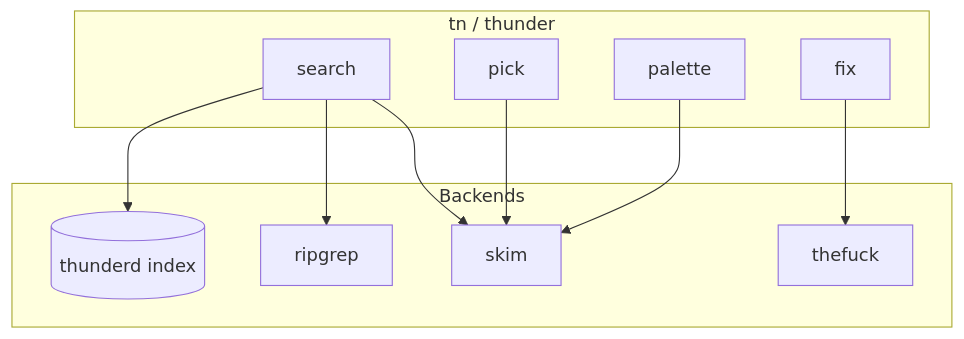
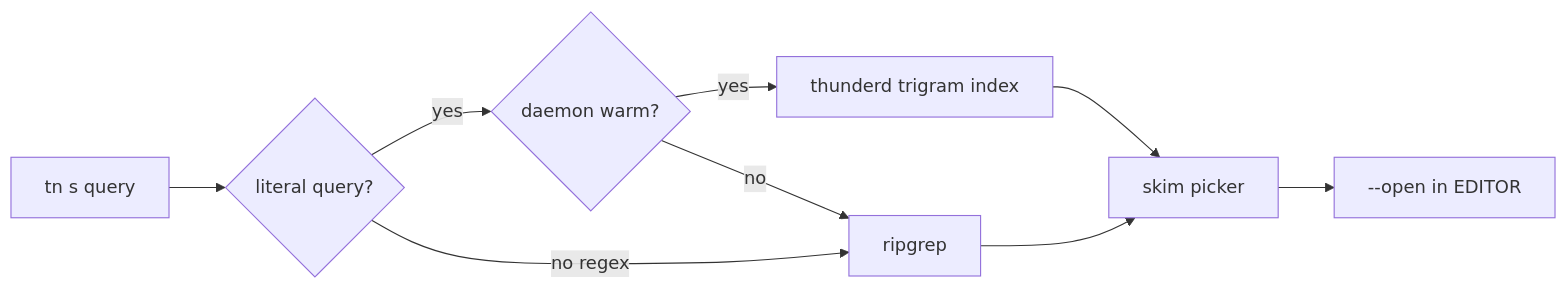
One commit to desenyon/thunder changed the diagram in README.md. Above: the diagram before and after it, drawn with Mermaid. The commit also changed other lines of this file and 19 other files, not shown here.

First line of the commit message:
Major expansion: files, history, doctor, trigram index, and 11 fix rules.

````diff
--- a/README.md
+++ b/README.md
@@ -91,23 +115,11 @@
 ```mermaid
-flowchart TB
-    subgraph CLI["tn / thunder"]
-        S[search]
-        P[pick]
-        F[fix]
-        A[palette]
-    end
-
-    subgraph Backends
-        D[(thunderd index)]
-        RG[ripgrep]
-        SK[skim]
-        TF[thefuck]
-    end
-
-    S --> D
-    S --> RG
-    S --> SK
-    P --> SK
-    F --> TF
-    A --> SK
+flowchart LR
+    Q[tn s query] --> L{literal query?}
+    L -->|yes| D{daemon warm?}
+    L -->|no regex| R[ripgrep]
+    D -->|yes| I[thunderd trigram index]
+    D -->|no| R
+    I --> P[skim picker]
+    R --> P
+    P --> O[--open in EDITOR]
 ```
````
